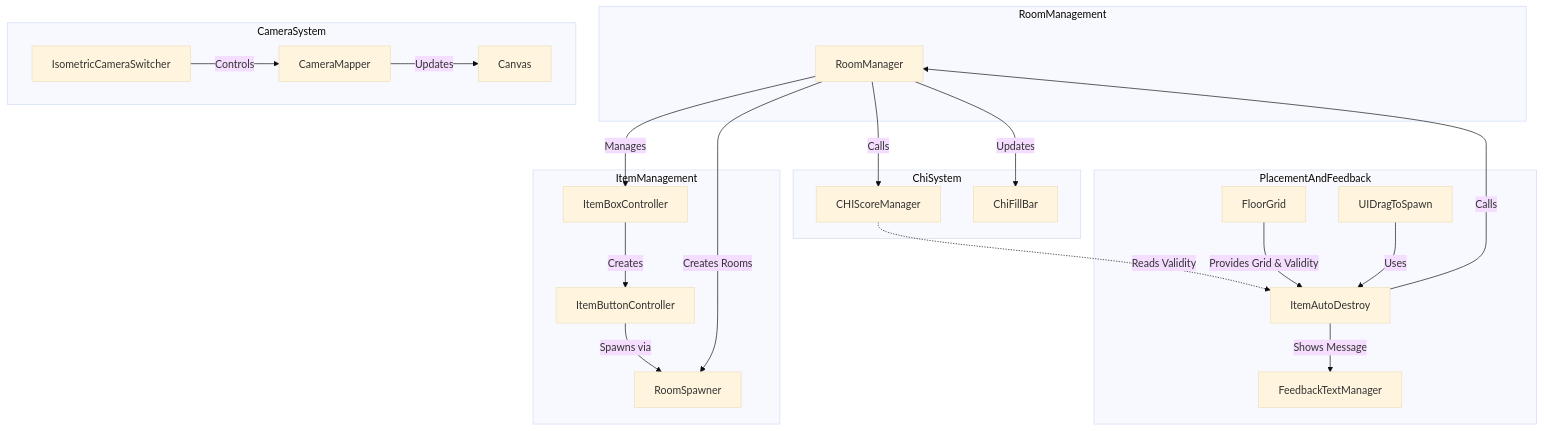
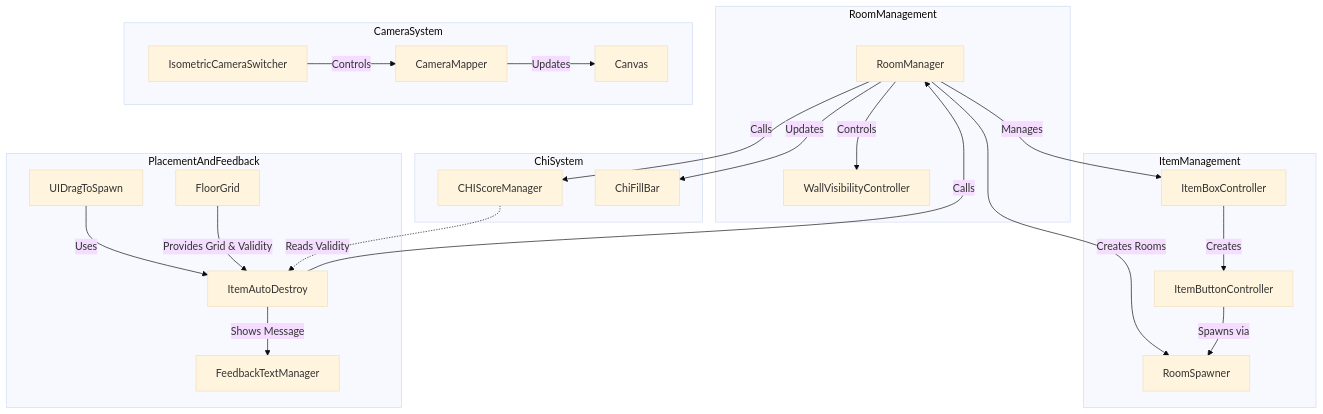
One commit to sswvictor/Greg-s-Room changed the diagram in system.md. Above: the diagram before and after it, drawn with Mermaid (base theme). The commit also changed other lines of this file, not shown here.

````diff
--- a/system.md
+++ b/system.md
@@ -5,40 +5,42 @@
 ```mermaid
 graph TD
     subgraph RoomManagement
         RoomManager[RoomManager]
+        WallVisibilityController[WallVisibilityController]
     end
     subgraph ItemManagement
         ItemBoxController
         ItemButtonController
         RoomSpawner[RoomSpawner]
     end
     subgraph PlacementAndFeedback
         FloorGrid[FloorGrid]
         UIDragToSpawn[UIDragToSpawn]
         ItemAutoDestroy[ItemAutoDestroy]
         FeedbackTextManager[FeedbackTextManager]
     end
     subgraph ChiSystem
         CHIScoreManager[CHIScoreManager]
         ChiFillBar[ChiFillBar]
     end
     subgraph CameraSystem
         IsometricCameraSwitcher
         CameraMapper
         Canvas
     end
 
     RoomManager --> |Manages| ItemBoxController
     RoomManager --> |Creates Rooms| RoomSpawner
     RoomManager --> |Calls| CHIScoreManager
     RoomManager --> |Updates| ChiFillBar
+    RoomManager --> |Controls| WallVisibilityController
     ItemBoxController --> |Creates| ItemButtonController
     ItemButtonController --> |Spawns via| RoomSpawner
     UIDragToSpawn --> |Uses| ItemAutoDestroy
     FloorGrid --> |Provides Grid & Validity| ItemAutoDestroy
     IsometricCameraSwitcher --> |Controls| CameraMapper
     CameraMapper --> |Updates| Canvas
     ItemAutoDestroy --> |Calls| RoomManager
     ItemAutoDestroy --> |Shows Message| FeedbackTextManager
     CHIScoreManager -.-> |Reads Validity| ItemAutoDestroy
 ```
````
